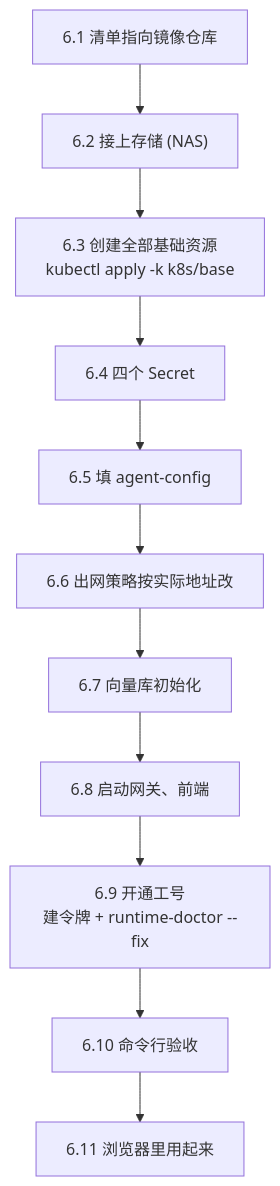
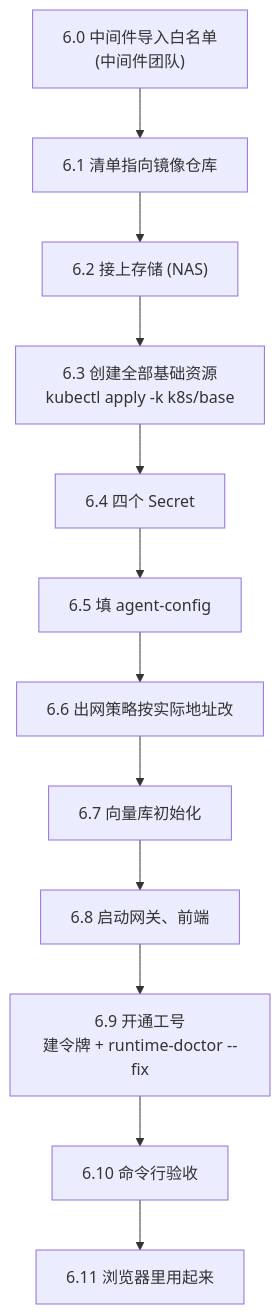
Before and after one commit to sqlrush/gh_agent_k8s: the fifth of 5 diagrams in docs/从源码构建到K8s运行-完整手册.md, drawn with Mermaid. The commit also changed other lines of this file, not shown here.

````diff
--- a/docs/从源码构建到K8s运行-完整手册.md
+++ b/docs/从源码构建到K8s运行-完整手册.md
@@ -429,13 +441,14 @@
 ```mermaid
 flowchart TD
-    S1["6.1 清单指向镜像仓库"] --> S2["6.2 接上存储 (NAS)"]
+    S0["6.0 中间件导入白名单<br/>(中间件团队)"] --> S1["6.1 清单指向镜像仓库"]
+    S1 --> S2["6.2 接上存储 (NAS)"]
     S2 --> S3["6.3 创建全部基础资源<br/>kubectl apply -k k8s/base"]
     S3 --> S4["6.4 四个 Secret"]
     S4 --> S5["6.5 填 agent-config"]
     S5 --> S6["6.6 出网策略按实际地址改"]
     S6 --> S7["6.7 向量库初始化"]
     S7 --> S8["6.8 启动网关、前端"]
     S8 --> S9["6.9 开通工号<br/>建令牌 + runtime-doctor --fix"]
     S9 --> S10["6.10 命令行验收"]
     S10 --> S11["6.11 浏览器里用起来"]
 ```
````
